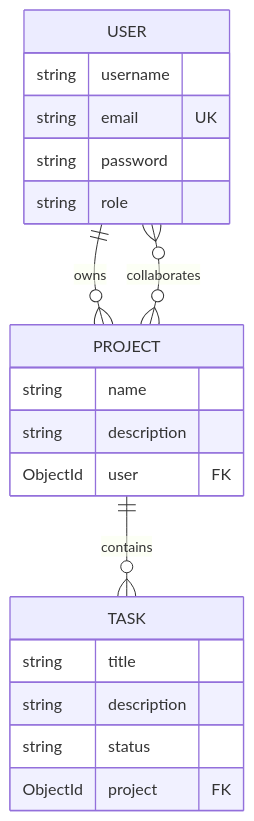
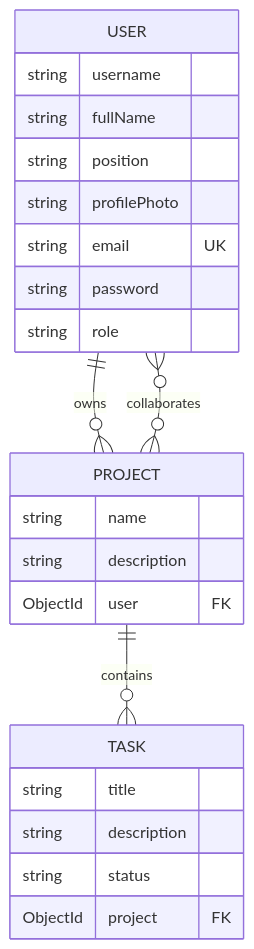
The first of 3 diagrams in DOCUMENTATION.md (baldemoussa/Full-Stack-MERN-Application-Pro-Tasker), drawn with Mermaid before and after one commit. The commit also changed other lines of this file and 11 other files, not shown here.

````diff
--- a/DOCUMENTATION.md
+++ b/DOCUMENTATION.md
@@ -200,23 +200,26 @@
 ```mermaid
 erDiagram
   USER ||--o{ PROJECT : owns
   USER }o--o{ PROJECT : collaborates
   PROJECT ||--o{ TASK : contains
   USER {
     string username
+    string fullName
+    string position
+    string profilePhoto
     string email UK
     string password
     string role
   }
   PROJECT {
     string name
     string description
     ObjectId user FK
   }
   TASK {
     string title
     string description
     string status
     ObjectId project FK
   }
 ```
````
